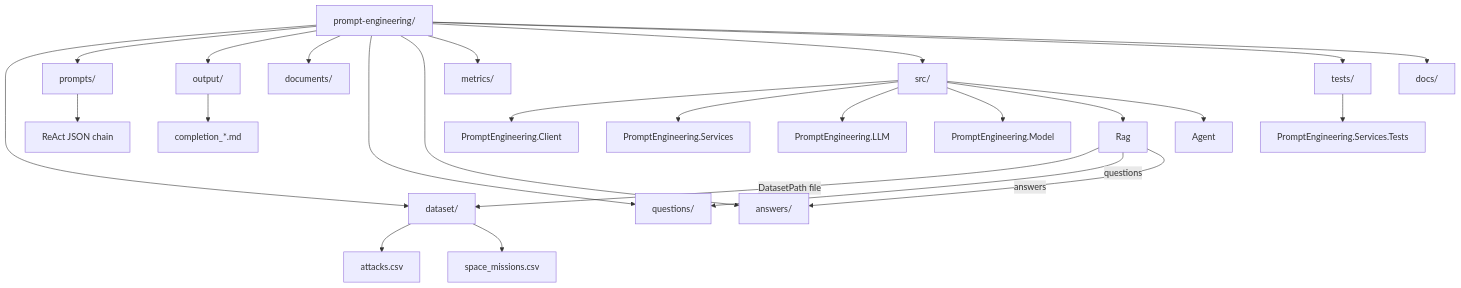
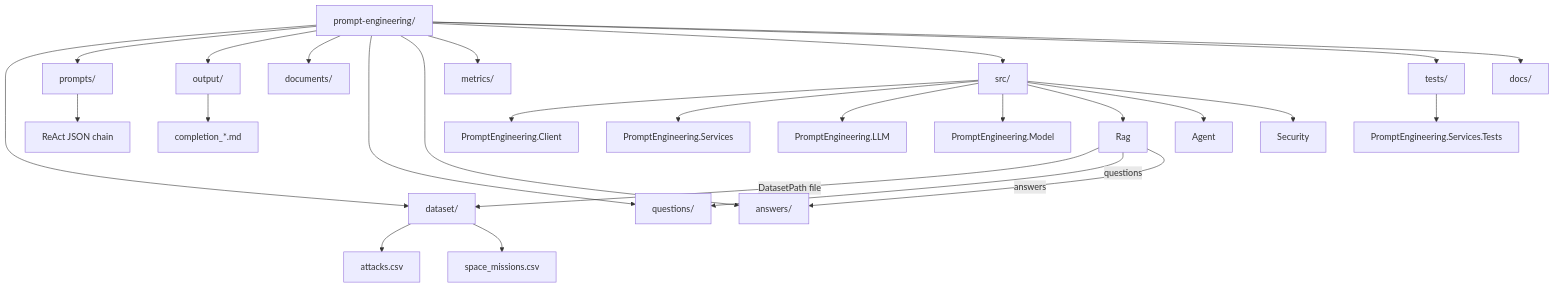
One commit to AntonRyzhkou1988/prompt-engineering changed the diagram in docs/repository-structure.md. Above: the diagram before and after it, drawn with Mermaid. The commit also changed other lines of this file and 11 other files, not shown here.

````diff
--- a/docs/repository-structure.md
+++ b/docs/repository-structure.md
@@ -45,35 +47,36 @@
 ```mermaid
 graph TD
     ROOT["prompt-engineering/"]
 
     ROOT --> DATASET["dataset/"]
     ROOT --> PROMPTS["prompts/"]
     ROOT --> OUTPUT["output/"]
     ROOT --> EXTRA_CORPUS["documents/"]
     ROOT --> QUESTIONS["questions/"]
     ROOT --> ANSWERS["answers/"]
     ROOT --> METRICS["metrics/"]
     ROOT --> SRC["src/"]
     ROOT --> TESTS["tests/"]
     ROOT --> DOCSROOT["docs/"]
 
     DATASET --> DS_ATTACK["attacks.csv"]
     DATASET --> DS_SPACE["space_missions.csv"]
 
     PROMPTS --> P_SEQ["ReAct JSON chain"]
 
     OUTPUT --> OUT_FILE["completion_*.md"]
 
     SRC --> CLIENT["PromptEngineering.Client"]
     SRC --> SERVICES["PromptEngineering.Services"]
     SRC --> LLM["PromptEngineering.LLM"]
     SRC --> MODEL["PromptEngineering.Model"]
     SRC --> RAG["Rag"]
     SRC --> AGENT["Agent"]
+    SRC --> SECURITY["Security"]
 
     RAG -->|"DatasetPath file"| DATASET
     RAG -->|"questions"| QUESTIONS
     RAG -->|"answers"| ANSWERS
 
     TESTS --> TEST_PROJ["PromptEngineering.Services.Tests"]
 ```
````
